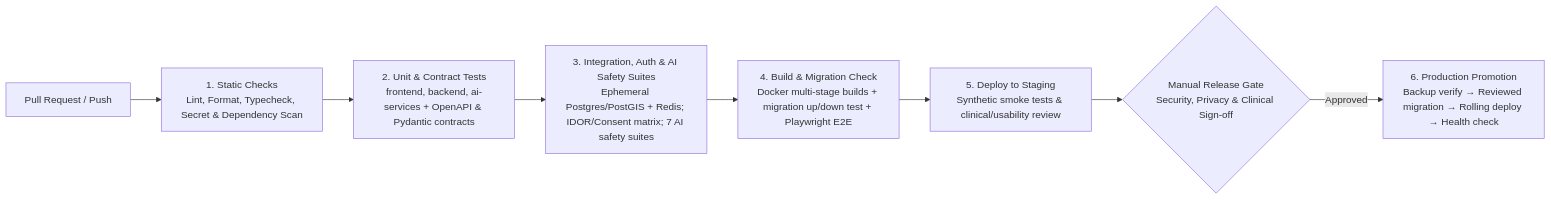
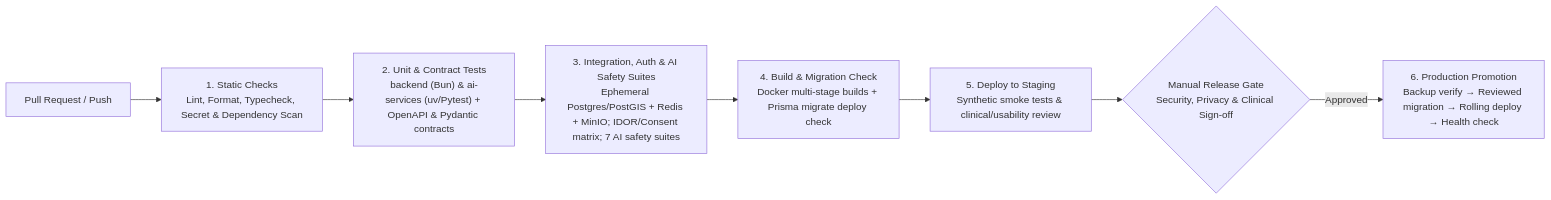
The second of 2 diagrams in docs/05-development-standards/DEPLOYMENT.md (Bolice1/albo), drawn with Mermaid before and after one commit. The commit also changed other lines of this file and 228 other files, not shown here.

First line of the commit message:
feat: implement full Albo backend, AI services, infrastructure, and synchronized docs

````diff
--- a/docs/05-development-standards/DEPLOYMENT.md
+++ b/docs/05-development-standards/DEPLOYMENT.md
@@ -106,10 +109,10 @@
 ```mermaid
 flowchart LR
     PR["Pull Request / Push"] --> S1["1. Static Checks\nLint, Format, Typecheck, Secret & Dependency Scan"]
-    S1 --> S2["2. Unit & Contract Tests\nfrontend, backend, ai-services + OpenAPI & Pydantic contracts"]
-    S2 --> S3["3. Integration, Auth & AI Safety Suites\nEphemeral Postgres/PostGIS + Redis; IDOR/Consent matrix; 7 AI safety suites"]
-    S3 --> S4["4. Build & Migration Check\nDocker multi-stage builds + migration up/down test + Playwright E2E"]
+    S1 --> S2["2. Unit & Contract Tests\nbackend (Bun) & ai-services (uv/Pytest) + OpenAPI & Pydantic contracts"]
+    S2 --> S3["3. Integration, Auth & AI Safety Suites\nEphemeral Postgres/PostGIS + Redis + MinIO; IDOR/Consent matrix; 7 AI safety suites"]
+    S3 --> S4["4. Build & Migration Check\nDocker multi-stage builds + Prisma migrate deploy check"]
     S4 --> STG["5. Deploy to Staging\nSynthetic smoke tests & clinical/usability review"]
     STG --> GATE{"Manual Release Gate\nSecurity, Privacy & Clinical Sign-off"}
     GATE -->|"Approved"| PROD["6. Production Promotion\nBackup verify → Reviewed migration → Rolling deploy → Health check"]
 ```
````
